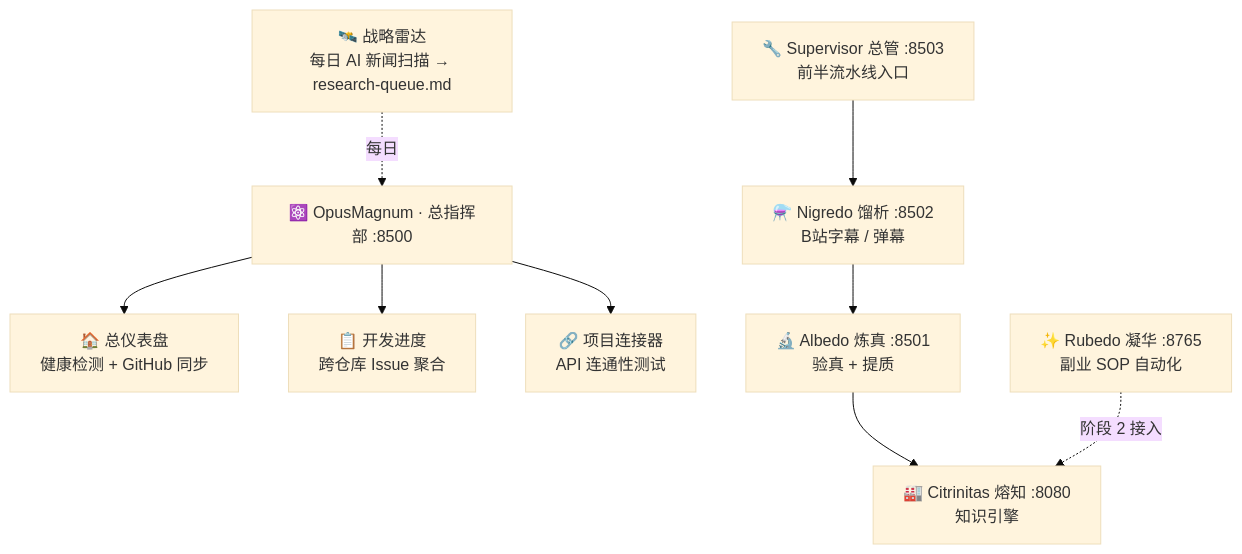
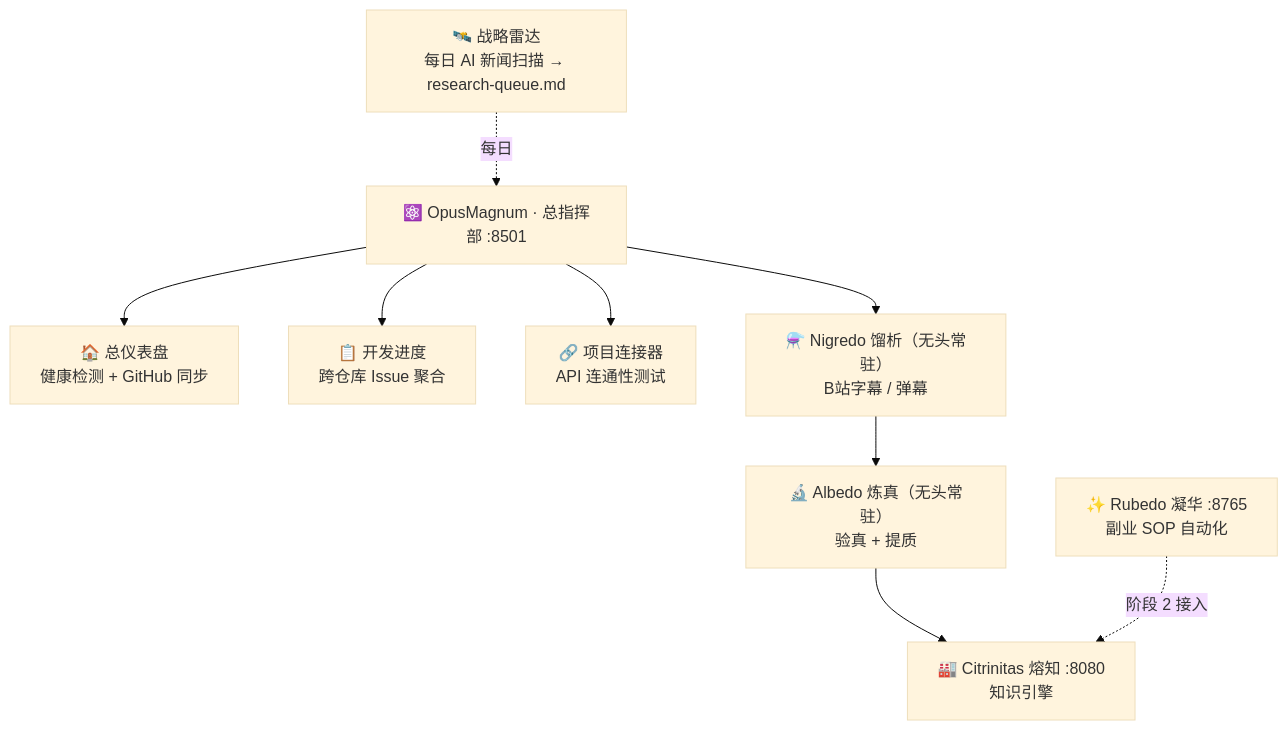
The first of 2 diagrams in README.md (shiyao222333-afk/opus-magnum), drawn with Mermaid (base theme) before and after one commit. The commit also changed other lines of this file and 29 other files, not shown here.

First line of the commit message:
fix(opus-magnum): 托盘启动器(缺陷A) + 巨作入口剥离 + 锁清理 + 后台静默门控

````diff
--- a/README.md
+++ b/README.md
@@ -62,18 +62,17 @@
 ```mermaid
 flowchart TB
     Radar["🛰️ 战略雷达<br/>每日 AI 新闻扫描 → research-queue.md"]
-    OM["⚛️ OpusMagnum · 总指挥部 :8500"]
+    OM["⚛️ OpusMagnum · 总指挥部 :8501"]
     Dash["🏠 总仪表盘<br/>健康检测 + GitHub 同步"]
     Prog["📋 开发进度<br/>跨仓库 Issue 聚合"]
     Hub["🔗 项目连接器<br/>API 连通性测试"]
-    Sup["🔧 Supervisor 总管 :8503<br/>前半流水线入口"]
-    N["⚗️ Nigredo 馏析 :8502<br/>B站字幕 / 弹幕"]
-    A["🔬 Albedo 炼真 :8501<br/>验真 + 提质"]
+    N["⚗️ Nigredo 馏析（无头常驻）<br/>B站字幕 / 弹幕"]
+    A["🔬 Albedo 炼真（无头常驻）<br/>验真 + 提质"]
     C["🏭 Citrinitas 熔知 :8080<br/>知识引擎"]
     R["✨ Rubedo 凝华 :8765<br/>副业 SOP 自动化"]
 
     OM --> Dash & Prog & Hub
     Radar -.每日.-> OM
-    Sup --> N --> A --> C
+    OM --> N --> A --> C
     R -.阶段 2 接入.-> C
 ```
````
